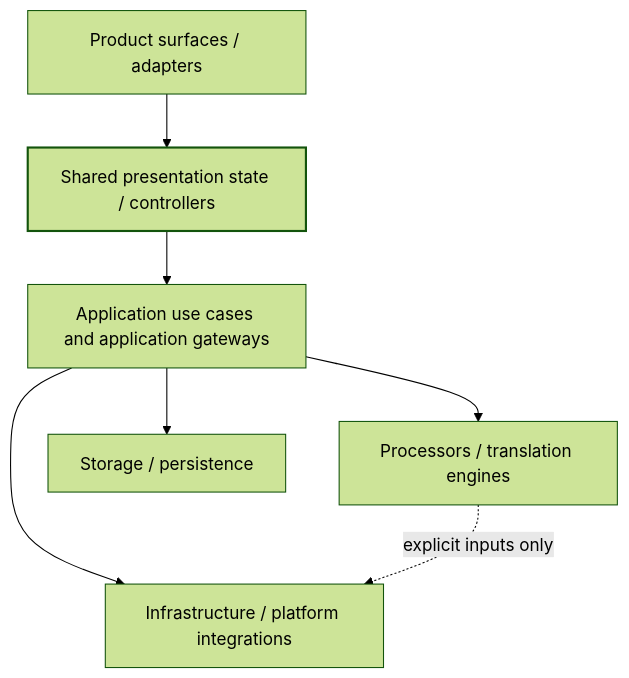
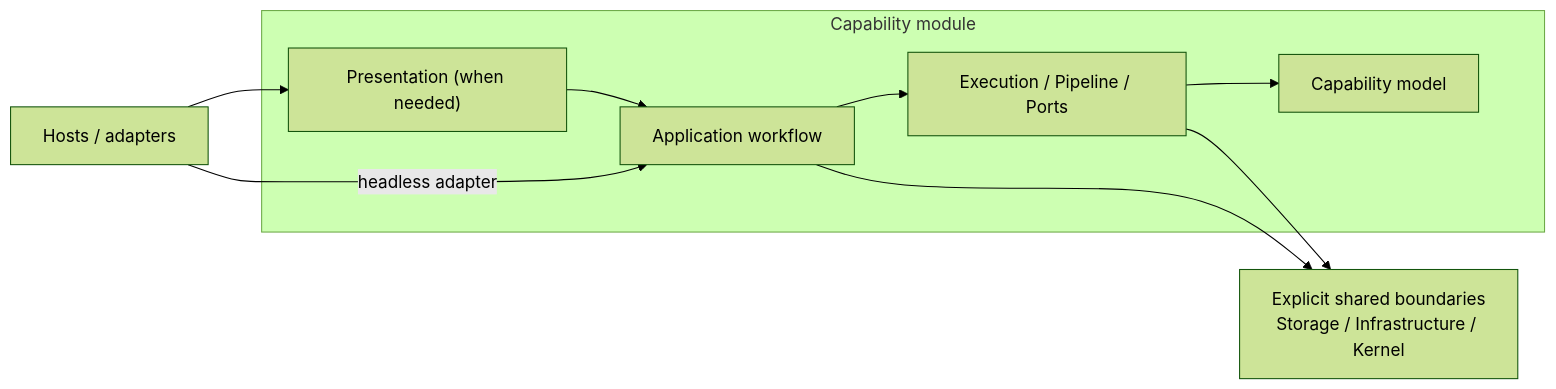
Before and after one commit to Youchenjiang/Clickra: the second of 8 diagrams in docs/development/clickra_architecture.md, drawn with Mermaid (forest theme). The commit also changed other lines of this file and 29 other files, not shown here.

````diff
--- a/docs/development/clickra_architecture.md
+++ b/docs/development/clickra_architecture.md
@@ -170,20 +135,19 @@
 ```mermaid
-flowchart TB
-    Surface["Product surfaces / adapters"]
-    Presentation["Shared presentation state / controllers"]
-    Application["Application use cases and application gateways"]
-    Technical["Processors / translation engines"]
-    Storage["Storage / persistence"]
-    Infrastructure["Infrastructure / platform integrations"]
+flowchart LR
+    Hosts["Hosts / adapters"]
+    subgraph Capability["Capability module"]
+        Presentation["Presentation (when needed)"]
+        Application["Application workflow"]
+        Model["Capability model"]
+        Technical["Execution / Pipeline / Ports"]
+        Presentation --> Application
+        Application --> Technical
+        Technical --> Model
+    end
+    Shared["Explicit shared boundaries\nStorage / Infrastructure / Kernel"]
 
-    Surface --> Presentation
-    Presentation --> Application
-    Application --> Technical
-    Application --> Storage
-    Application --> Infrastructure
-
-    Technical -. "explicit inputs only" .-> Infrastructure
-
-    classDef target stroke-width:2px;
-    class Presentation target;
+    Hosts --> Presentation
+    Hosts -->|"headless adapter"| Application
+    Application --> Shared
+    Technical --> Shared
 ```
````
